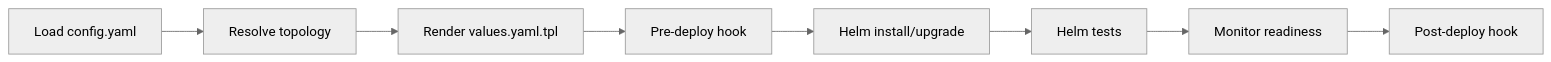
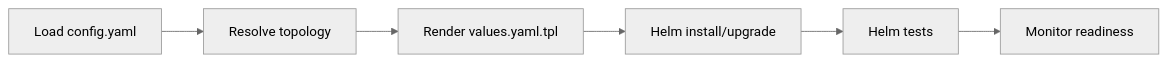
The second of 2 diagrams in docs/architecture.md (redhat-appstudio/helmet), drawn with Mermaid (neutral theme) before and after one commit. The commit also changed other lines of this file and 12 other files, not shown here.

````diff
--- a/docs/architecture.md
+++ b/docs/architecture.md
@@ -74,10 +73,8 @@
 ```mermaid
 flowchart LR
     A["Load config.yaml"] --> B["Resolve topology"]
     B --> C["Render values.yaml.tpl"]
-    C --> D["Pre-deploy hook"]
-    D --> E["Helm install/upgrade"]
-    E --> F["Helm tests"]
-    F --> G["Monitor readiness"]
-    G --> H["Post-deploy hook"]
+    C --> D["Helm install/upgrade"]
+    D --> E["Helm tests"]
+    E --> F["Monitor readiness"]
 ```
````
